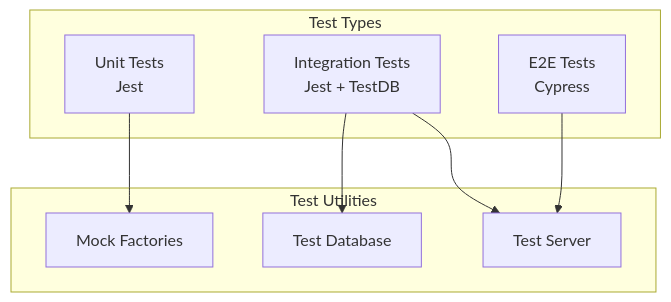
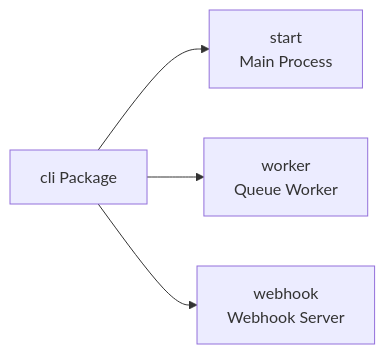
Before and after one commit to haroldlucero/n8n: the second of 3 diagrams in docs/architecture/package-architecture.md, drawn with Mermaid. The commit also changed other lines of this file, not shown here.

Commit message:
docs: update package-architecture doc

````diff
--- a/docs/architecture/package-architecture.md
+++ b/docs/architecture/package-architecture.md
@@ -453,19 +70,6 @@
 ```mermaid
-graph TD
-    subgraph "Test Types"
-        UNIT[Unit Tests<br/>Jest]
-        INT[Integration Tests<br/>Jest + TestDB]
-        E2E[E2E Tests<br/>Cypress]
-    end
-    
-    subgraph "Test Utilities"
-        MOCK[Mock Factories]
-        TEST_DB[Test Database]
-        TEST_SERVER[Test Server]
-    end
-    
-    UNIT --> MOCK
-    INT --> TEST_DB
-    INT --> TEST_SERVER
-    E2E --> TEST_SERVER
+graph LR
+    CLI[cli Package] --> START[start<br/>Main Process]
+    CLI --> WORKER[worker<br/>Queue Worker]
+    CLI --> WEBHOOK[webhook<br/>Webhook Server]
 ```
````
